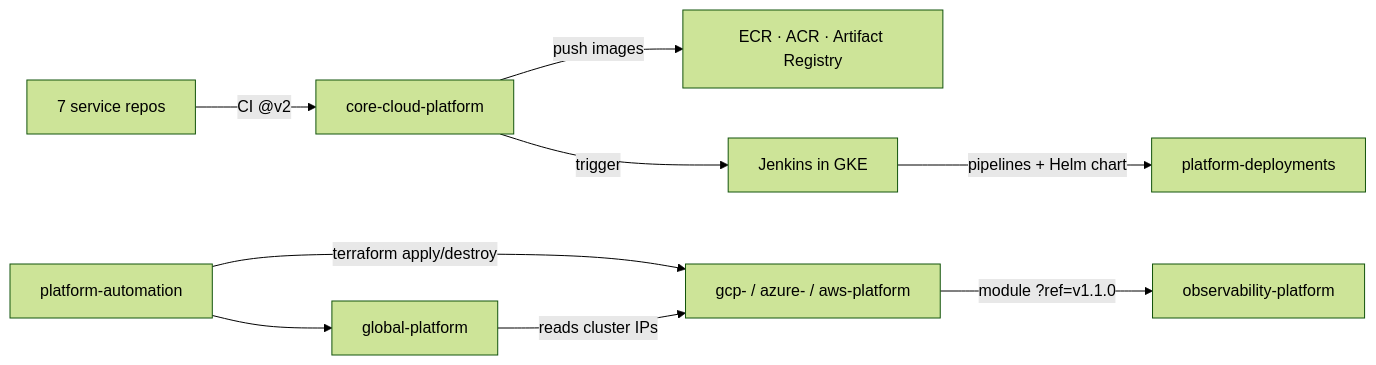
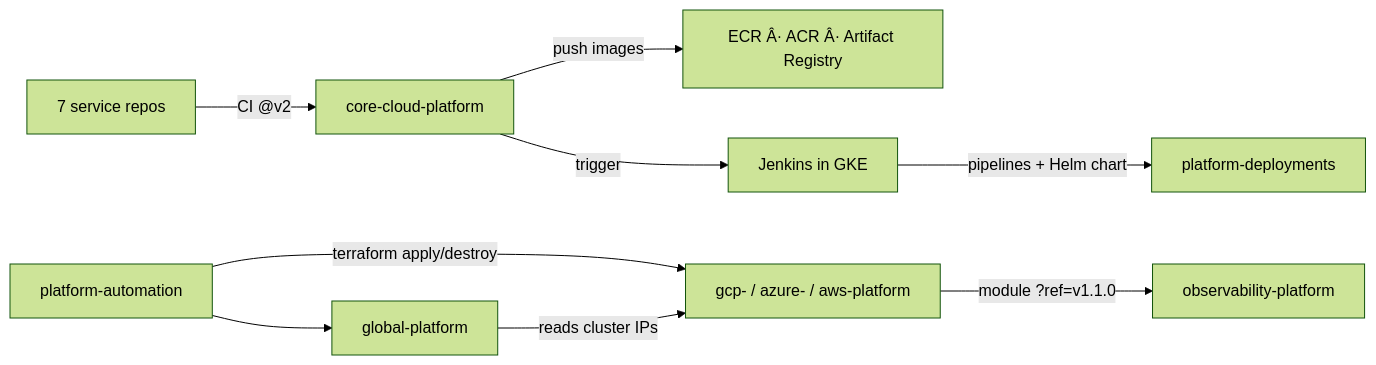
Before and after one commit to ppmcad16a-cloud-platform/.github: the second of 3 diagrams in profile/README.md, drawn with Mermaid (forest theme). The commit also changed other lines of this file, not shown here.

````diff
--- a/profile/README.md
+++ b/profile/README.md
@@ -50,11 +50,11 @@
 ```mermaid
 flowchart LR
     SVC[7 service repos] -->|CI @v2| CORE[core-cloud-platform]
-    CORE -->|push images| REG[ECR · ACR · Artifact Registry]
+    CORE -->|push images| REG[ECR Â· ACR Â· Artifact Registry]
     CORE -->|trigger| JK[Jenkins in GKE]
     JK -->|pipelines + Helm chart| PD[platform-deployments]
     AUTO[platform-automation] -->|terraform apply/destroy| CLOUD[gcp- / azure- / aws-platform]
     AUTO --> GLOBAL[global-platform]
     CLOUD -->|module ?ref=v1.1.0| OBS[observability-platform]
     GLOBAL -->|reads cluster IPs| CLOUD
 ```
````
